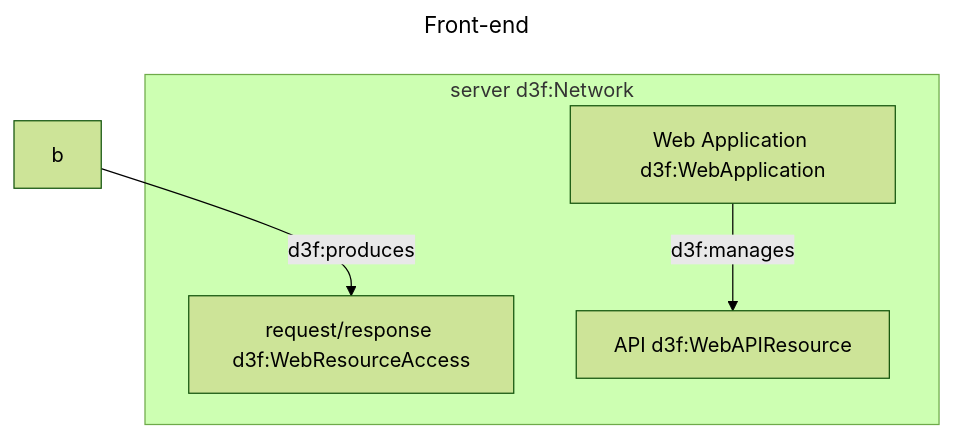
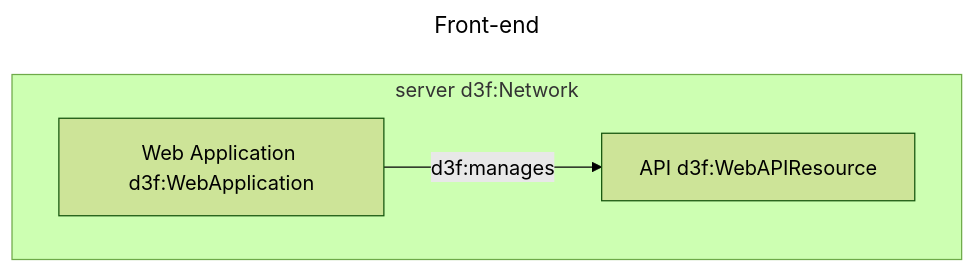
One commit to ioggstream/d3sign changed the second of 6 diagrams in app/src/data/examples/002-webapp.md. Above: the diagram before and after it, drawn with Mermaid (forest theme). The commit also changed other lines of this file and 22 other files, not shown here.

````diff
--- a/app/src/data/examples/002-webapp.md
+++ b/app/src/data/examples/002-webapp.md
@@ -26,17 +31,15 @@
 ```mermaid
 ---
 id: fe
 title: Front-end
 ---
 graph
 
 subgraph server [server d3f:Network]
-request[request/response d3f:WebResourceAccess]
 a[Web Application d3f:WebApplication]
 api[API d3f:WebAPIResource]
 end
 
-b -->|d3f:produces| request
 %% request -->|d3f:accesses| api
 a -->|d3f:manages| api
 ```
````
